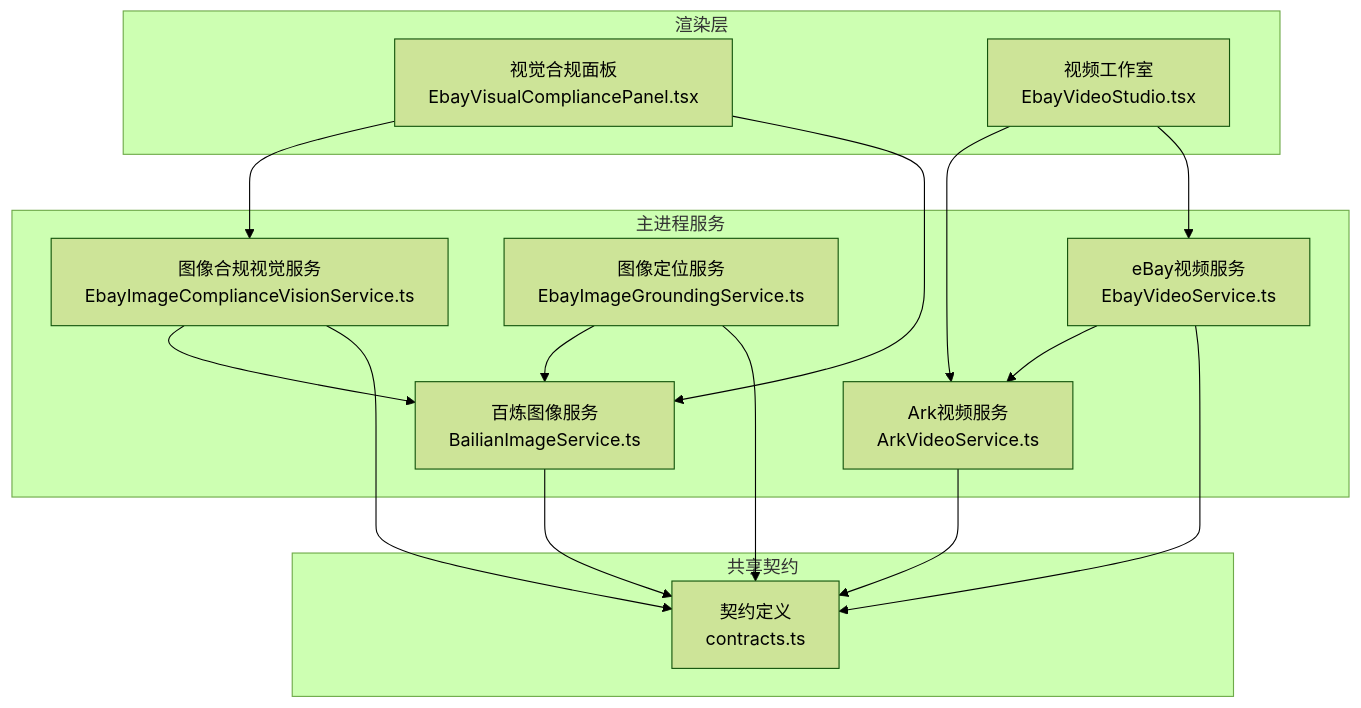
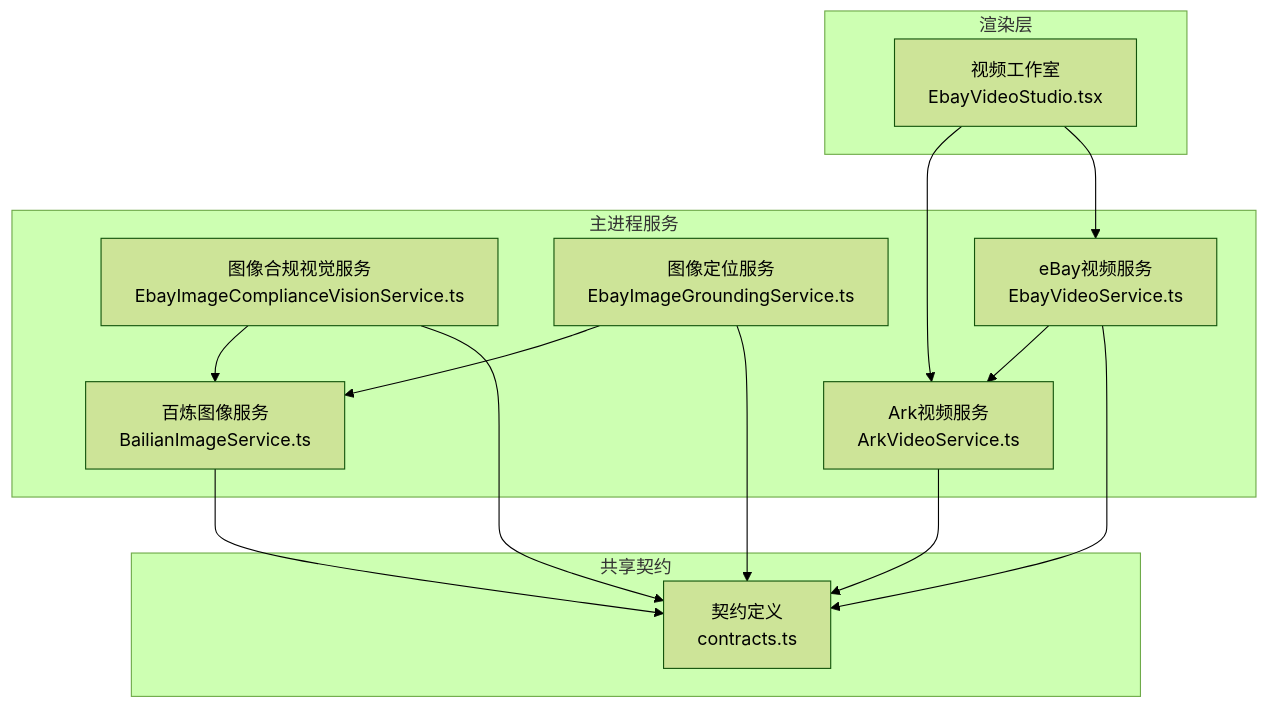
One commit to iljahofbauer219-lang/yandu changed the first of 3 diagrams in .qoder/repowiki/zh/content/核心服务/AI视觉服务.md. Above: the diagram before and after it, drawn with Mermaid (forest theme). The commit also changed other lines of this file and 3071 other files, not shown here.

````diff
--- a/.qoder/repowiki/zh/content/核心服务/AI视觉服务.md
+++ b/.qoder/repowiki/zh/content/核心服务/AI视觉服务.md
@@ -35,29 +41,26 @@
 ```mermaid
 graph TB
 subgraph "渲染层"
-UI_Visual["视觉合规面板<br/>EbayVisualCompliancePanel.tsx"]
 UI_Studio["视频工作室<br/>EbayVideoStudio.tsx"]
 end
 subgraph "主进程服务"
 S_Image["百炼图像服务<br/>BailianImageService.ts"]
 S_Video["Ark视频服务<br/>ArkVideoService.ts"]
 S_Compliance["图像合规视觉服务<br/>EbayImageComplianceVisionService.ts"]
 S_Grounding["图像定位服务<br/>EbayImageGroundingService.ts"]
 S_EbayVideo["eBay视频服务<br/>EbayVideoService.ts"]
 end
 subgraph "共享契约"
 C_Contracts["契约定义<br/>contracts.ts"]
 end
-UI_Visual --> S_Compliance
-UI_Visual --> S_Image
 UI_Studio --> S_Video
 UI_Studio --> S_EbayVideo
 S_Compliance --> S_Image
 S_Grounding --> S_Image
 S_EbayVideo --> S_Video
 S_Image --> C_Contracts
 S_Video --> C_Contracts
 S_Compliance --> C_Contracts
 S_Grounding --> C_Contracts
 S_EbayVideo --> C_Contracts
 ```
````
